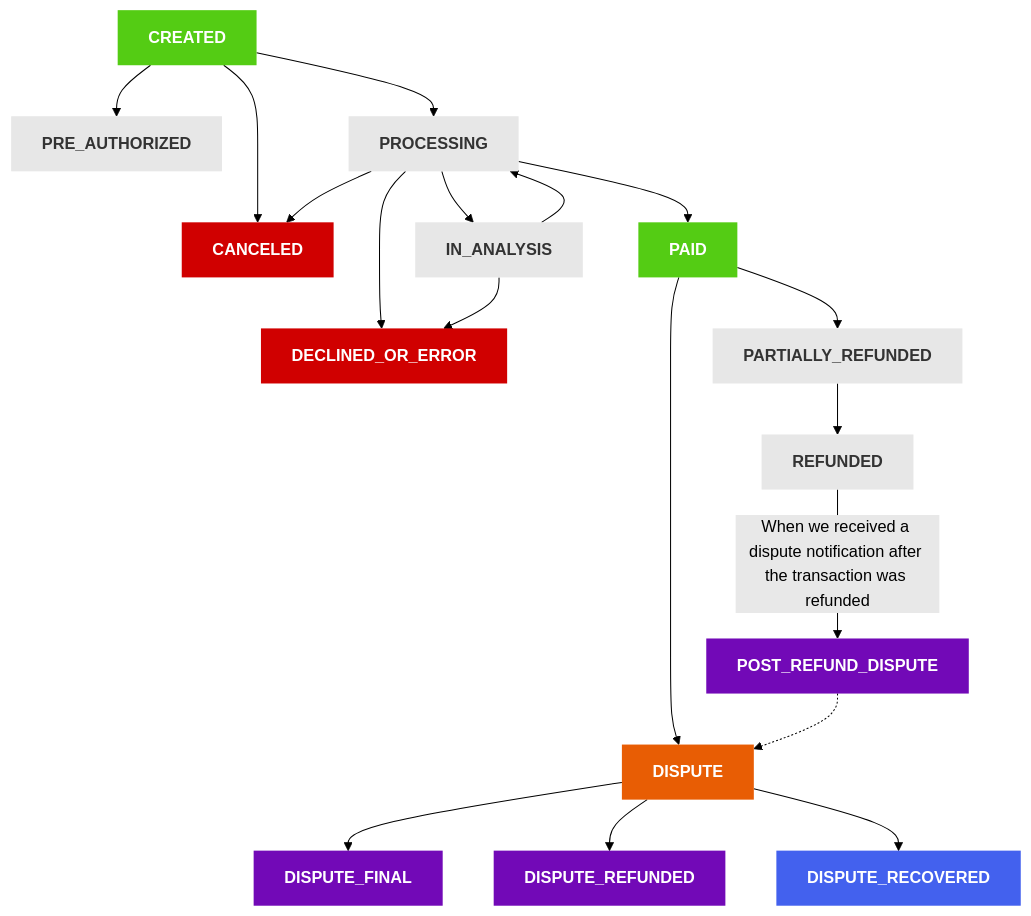
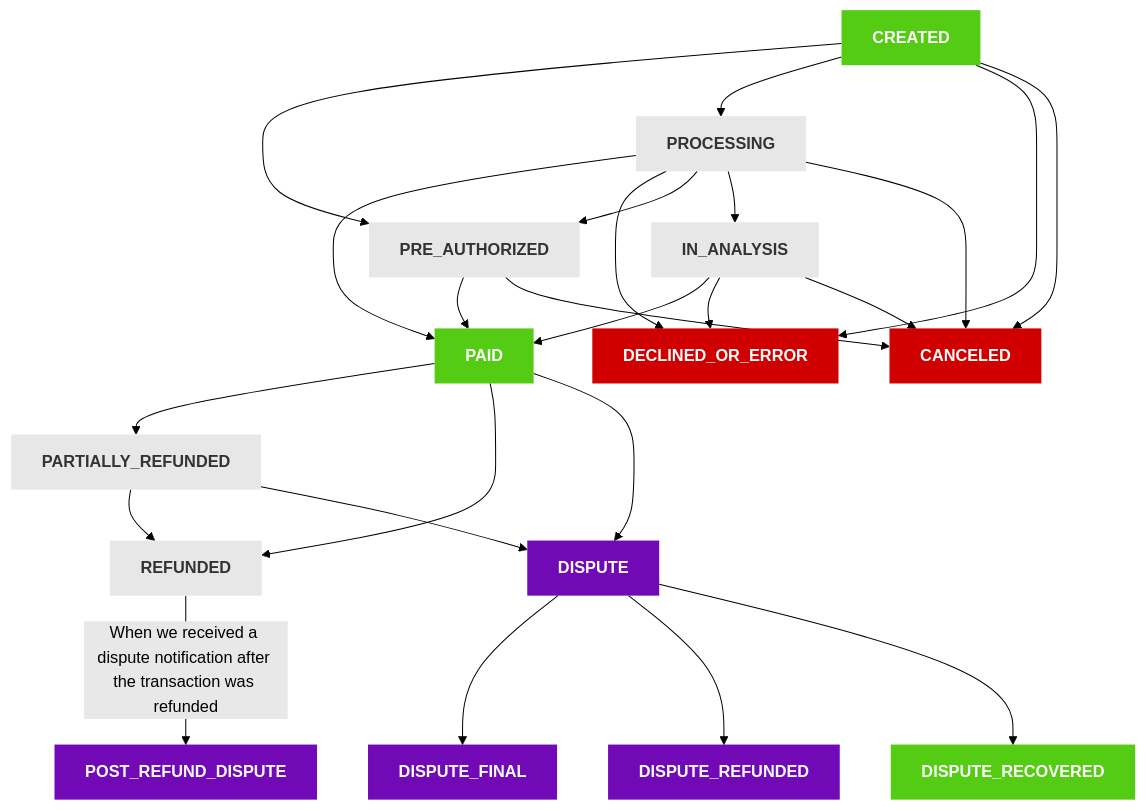
The diagram in docs/flows.md (guilherme-schumann/development-documentation), drawn with Mermaid (forest theme) before and after one commit. The commit also changed other lines of this file and 3 other files, not shown here.

Commit message:
Last update in payment order credit & debit card, and adjust in transaction status diagram

````diff
--- a/docs/flows.md
+++ b/docs/flows.md
@@ -35,50 +35,58 @@
 ```mermaid
     graph TD;
     %% Define the main starting point
     CREATED --> PRE_AUTHORIZED;
     CREATED --> PROCESSING;
+    CREATED --> DECLINED_OR_ERROR;
     CREATED --> CANCELED;
 
     %% Processing Paths
     PROCESSING --> PAID;
     PROCESSING --> DECLINED_OR_ERROR;
+    PROCESSING --> PRE_AUTHORIZED;
     PROCESSING --> IN_ANALYSIS;
     PROCESSING --> CANCELED;
 
-    %% Analysis Path
-    IN_ANALYSIS --> PROCESSING;
+    %% Pre Autorized Paths
+    PRE_AUTHORIZED --> PAID;
+    PRE_AUTHORIZED --> CANCELED;
+
+    %% Analysis Paths
+    IN_ANALYSIS --> PAID;
     IN_ANALYSIS --> DECLINED_OR_ERROR;
+    IN_ANALYSIS --> CANCELED;
 
     %% Post-Payment Paths
     PAID --> PARTIALLY_REFUNDED;
+    PAID --> REFUNDED;
     PAID --> DISPUTE;
     
-    %% Refund Paths
+    %% Partially Refund Paths
     PARTIALLY_REFUNDED --> REFUNDED;
+    PARTIALLY_REFUNDED --> DISPUTE;
+    
+    %% Refund Path
     REFUNDED --> |When we received a dispute notification after the transaction was refunded| POST_REFUND_DISPUTE;
     
     %% Dispute Paths
     DISPUTE --> DISPUTE_FINAL;
     DISPUTE --> DISPUTE_REFUNDED;
     DISPUTE --> DISPUTE_RECOVERED;
-    
-    %% Post-Refund Dispute
-    POST_REFUND_DISPUTE -.-> DISPUTE;
 
     %% Styling
     style CREATED fill:#54CC14, color:#fff, stroke:#000,stroke-width:0px,font-weight:600;
     style PROCESSING fill:#E7E7E7, color:#333, stroke:#000,stroke-width:0px, font-weight:600;
     style PRE_AUTHORIZED fill:#E7E7E7, color:#333, stroke:#000,stroke-width:0px, font-weight:600;
     style CANCELED fill:#d00000, color:#fff, stroke:#000,stroke-width:0px, font-weight:600;
     style DECLINED_OR_ERROR fill:#d00000, color:#fff, stroke:#000,stroke-width:0px, font-weight:600;
     style IN_ANALYSIS fill:#E7E7E7, color:#333, stroke:#000,stroke-width:0px, font-weight:600;
     style PAID fill:#54CC14, color:#fff, stroke:#000,stroke-width:0px, font-weight:600;
     style PARTIALLY_REFUNDED fill:#E7E7E7, color:#333, stroke:#000,stroke-width:0px, font-weight:600;
     style REFUNDED fill:#E7E7E7, color:#333, stroke:#000,stroke-width:0px, font-weight:600;
-    style DISPUTE fill:#e85d04, color:#fff, stroke:#000,stroke-width:0px, font-weight:600;
+    style DISPUTE fill:#7209b7, color:#fff, stroke:#000,stroke-width:0px, font-weight:600;
     style DISPUTE_FINAL fill:#7209b7, color:#fff, stroke:#000,stroke-width:0px, font-weight:600;
     style DISPUTE_REFUNDED fill:#7209b7, color:#fff, stroke:#000,stroke-width:0px, font-weight:600;
-    style DISPUTE_RECOVERED fill:#4361ee, color:#fff, stroke:#000,stroke-width:0px, font-weight:600;
+    style DISPUTE_RECOVERED fill:#54CC14, color:#fff, stroke:#000,stroke-width:0px, font-weight:600;
     style POST_REFUND_DISPUTE fill:#7209b7, color:#fff, stroke:#000,stroke-width:0px, font-weight:600;
 
 ```
````
